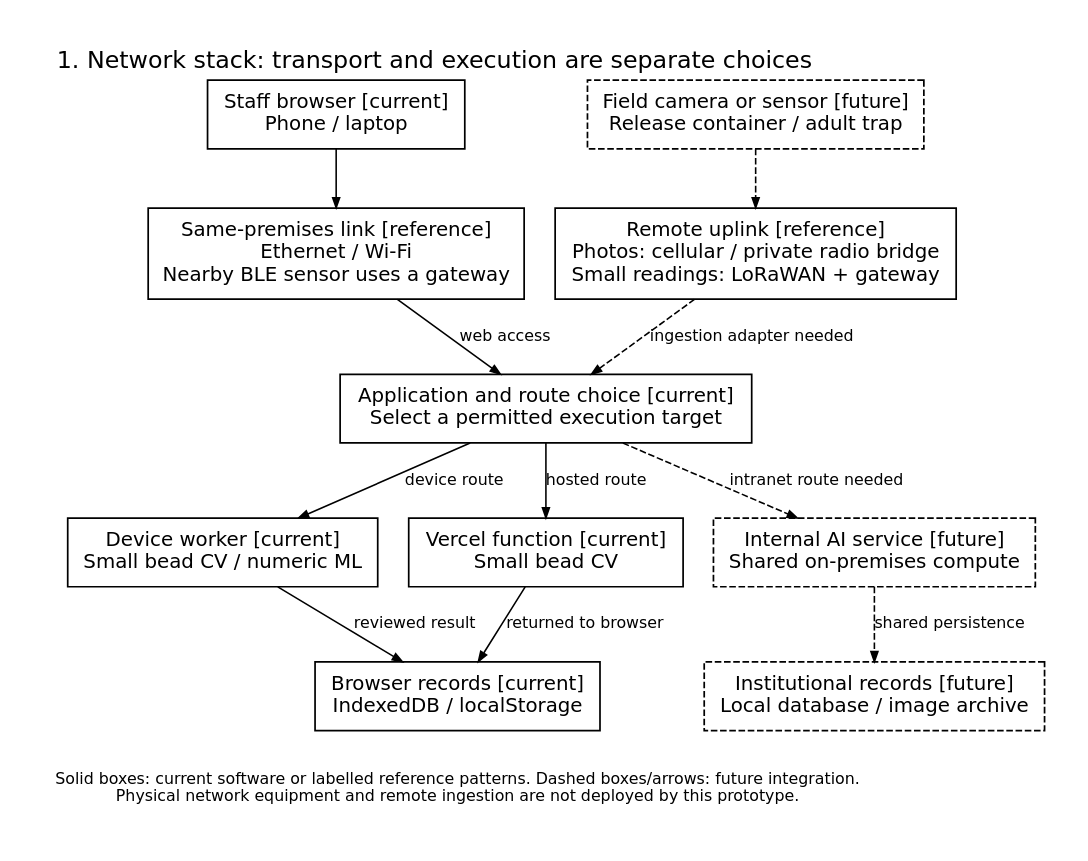
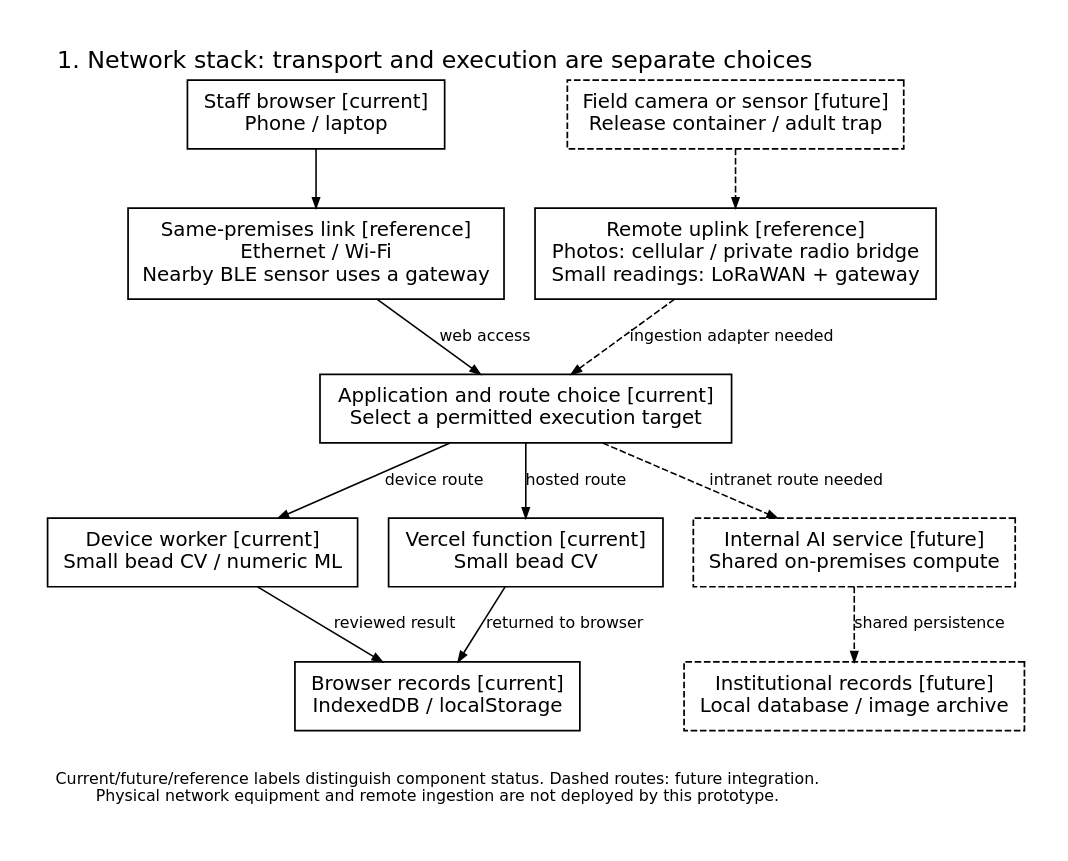
The diagram in docs/figures/network-stack.dot (wilisail/workshop-ready), drawn with Graphviz before and after one commit. The commit also changed 6 other files, not shown here.

Commit message:
Restyle README diagrams with original monochrome outline stencils

```diff
--- a/docs/figures/network-stack.dot
+++ b/docs/figures/network-stack.dot
@@ -1,32 +1,32 @@
 digraph network_stack {
 graph [bgcolor="white", rankdir=TB, pad="0.35", nodesep="0.32", ranksep="0.6", splines=polyline, fontname="DejaVu Sans", fontsize=18, labelloc=t, labeljust=l];
 label="1. Network stack: transport and execution are separate choices";
 node [shape=box, style="filled", fillcolor="white", color="black", fontcolor="black", fontname="DejaVu Sans", fontsize=15, penwidth=1.3, margin="0.16,0.12"];
 edge [color="black", fontcolor="black", fontname="DejaVu Sans", fontsize=12, penwidth=1.2, arrowsize=0.75];
 staff [label="Staff browser [current]\nPhone / laptop"];
 field [label="Field camera or sensor [future]\nRelease container / adult trap", style="filled,dashed"];
 premises [label="Same-premises link [reference]\nEthernet / Wi-Fi\nNearby BLE sensor uses a gateway"];
 remote [label="Remote uplink [reference]\nPhotos: cellular / private radio bridge\nSmall readings: LoRaWAN + gateway"];
 routing [label="Application and route choice [current]\nSelect a permitted execution target"];
 device [label="Device worker [current]\nSmall bead CV / numeric ML"];
 vercel [label="Vercel function [current]\nSmall bead CV"];
 internal [label="Internal AI service [future]\nShared on-premises compute", style="filled,dashed"];
 browserstore [label="Browser records [current]\nIndexedDB / localStorage"];
 sharedstore [label="Institutional records [future]\nLocal database / image archive", style="filled,dashed"];
 staff -> premises;
 field -> remote [style=dashed];
 premises -> routing [label="web access"];
 remote -> routing [label="ingestion adapter needed", style=dashed];
 routing -> device [label="device route"];
 routing -> vercel [label="hosted route"];
 routing -> internal [label="intranet route needed", style=dashed];
 device -> browserstore [label="reviewed result"];
 vercel -> browserstore [label="returned to browser"];
 internal -> sharedstore [label="shared persistence", style=dashed];
 { rank=same; staff; field; }
 { rank=same; premises; remote; }
 { rank=same; device; vercel; internal; }
 { rank=same; browserstore; sharedstore; }
-note [shape=plaintext, fontsize=12, label="Solid boxes: current software or labelled reference patterns. Dashed boxes/arrows: future integration.\nPhysical network equipment and remote ingestion are not deployed by this prototype."];
+note [shape=plaintext, fontsize=12, label="Current/future/reference labels distinguish component status. Dashed routes: future integration.\nPhysical network equipment and remote ingestion are not deployed by this prototype."];
 { rank=sink; note; }
 }
```
